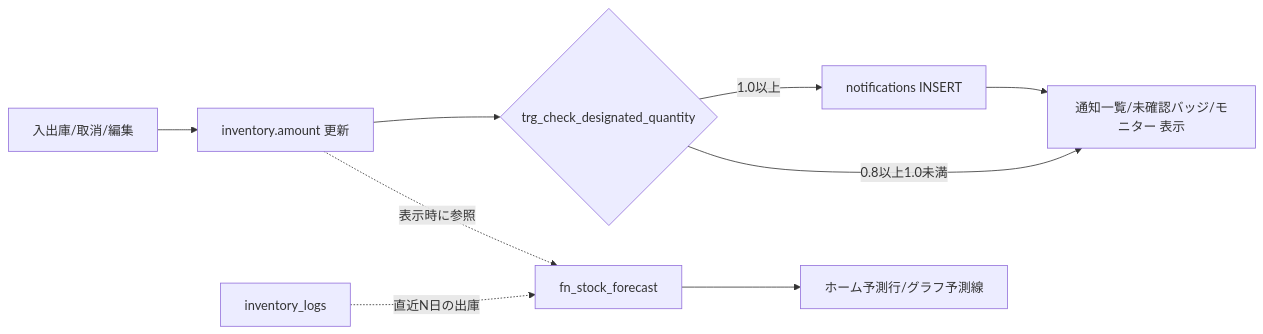
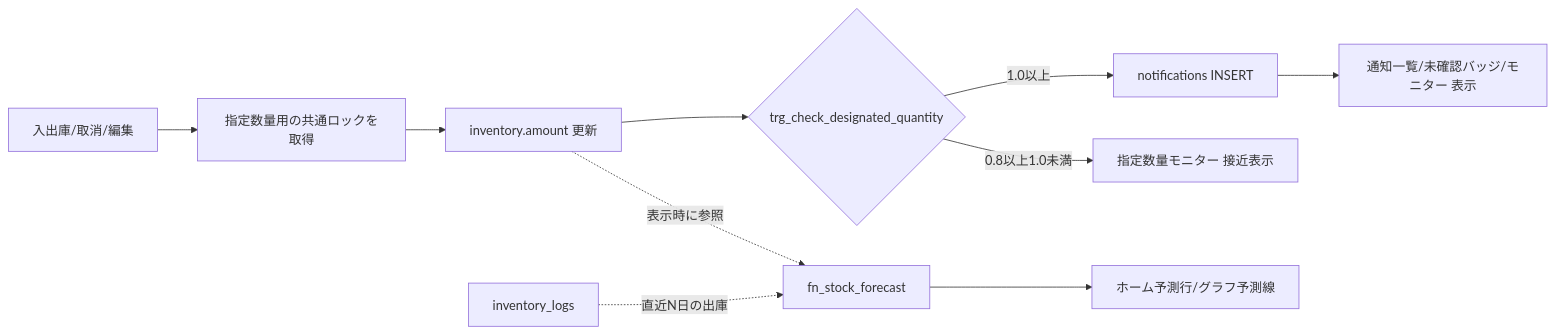
Before and after one commit to HibikiSato-lang/chemstock: the diagram in docs/DXコア機能_データ設計.md, drawn with Mermaid. The commit also changed other lines of this file and 103 other files, not shown here.

````diff
--- a/docs/DXコア機能_データ設計.md
+++ b/docs/DXコア機能_データ設計.md
@@ -221,11 +326,12 @@
 ```mermaid
 flowchart LR
-  A[入出庫/取消/編集] --> B[inventory.amount 更新]
+  A[入出庫/取消/編集] --> L[指定数量用の共通ロックを取得]
+  L --> B[inventory.amount 更新]
   B --> C{trg_check_designated_quantity}
   C -->|1.0以上| D[notifications INSERT]
-  C -->|0.8以上1.0未満| G[指定数量モニター 接近表示]
-  D --> G[通知一覧/未確認バッジ/モニター 表示]
+  C -->|0.8以上1.0未満| W[指定数量モニター 接近表示]
+  D --> N[通知一覧/未確認バッジ/モニター 表示]
   B -.表示時に参照.-> H[fn_stock_forecast]
   I[inventory_logs] -.直近N日の出庫.-> H
   H --> J[ホーム予測行/グラフ予測線]
 ```
````
